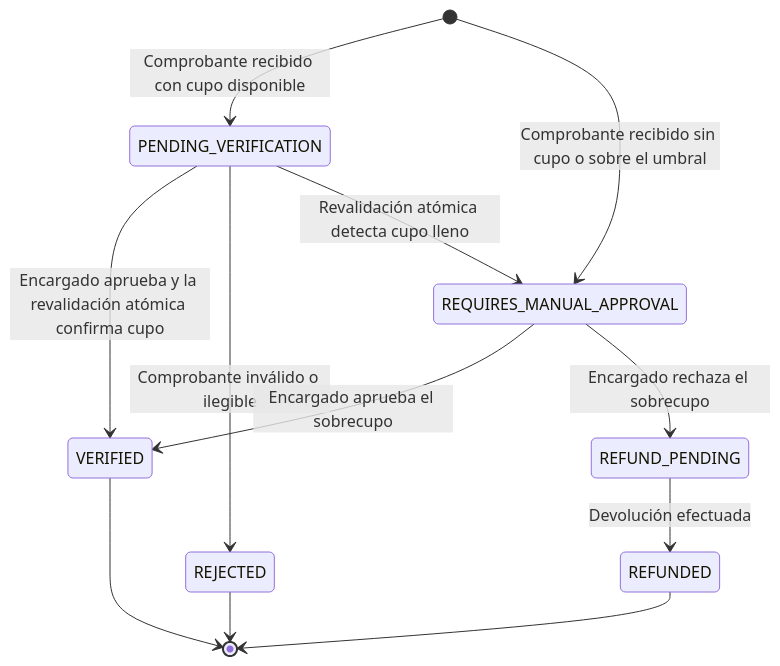
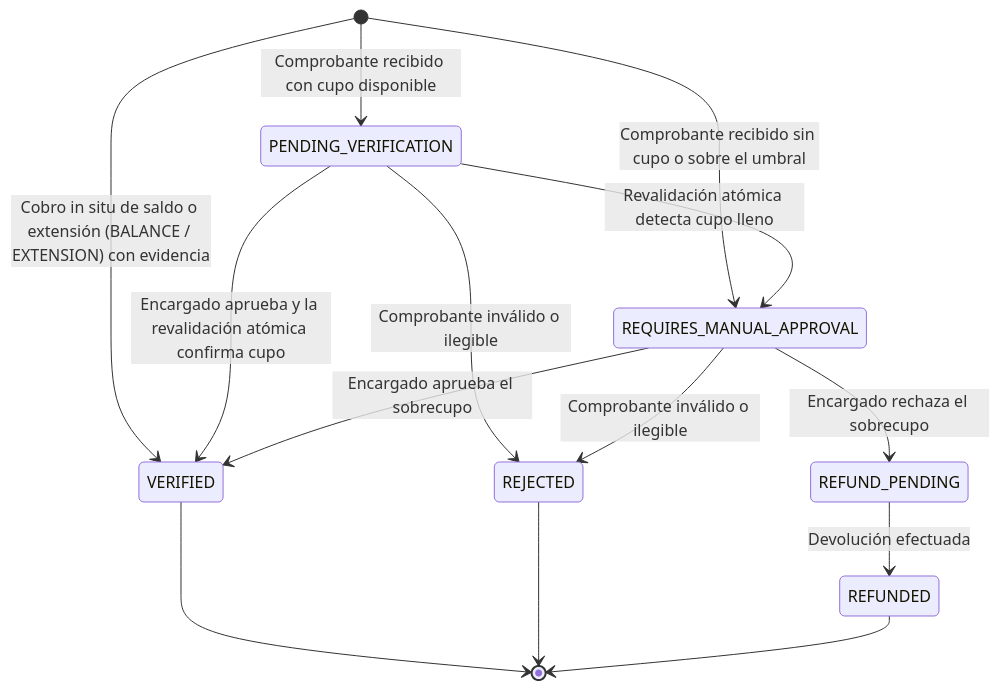
One commit to MathiasTL/EventPro-backend changed the second of 5 diagrams in Docs/01-requisitos/04-reglas-de-negocio-y-control.md. Above: the diagram before and after it, drawn with Mermaid. The commit also changed other lines of this file and 14 other files, not shown here.

````diff
--- a/Docs/01-requisitos/04-reglas-de-negocio-y-control.md
+++ b/Docs/01-requisitos/04-reglas-de-negocio-y-control.md
@@ -119,14 +122,16 @@
 ```mermaid
 stateDiagram-v2
     [*] --> PENDING_VERIFICATION: Comprobante recibido con cupo disponible
     [*] --> REQUIRES_MANUAL_APPROVAL: Comprobante recibido sin cupo o sobre el umbral
+    [*] --> VERIFIED: Cobro in situ de saldo o extensión (BALANCE / EXTENSION) con evidencia
     PENDING_VERIFICATION --> VERIFIED: Encargado aprueba y la revalidación atómica confirma cupo
     PENDING_VERIFICATION --> REJECTED: Comprobante inválido o ilegible
     PENDING_VERIFICATION --> REQUIRES_MANUAL_APPROVAL: Revalidación atómica detecta cupo lleno
     REQUIRES_MANUAL_APPROVAL --> VERIFIED: Encargado aprueba el sobrecupo
     REQUIRES_MANUAL_APPROVAL --> REFUND_PENDING: Encargado rechaza el sobrecupo
+    REQUIRES_MANUAL_APPROVAL --> REJECTED: Comprobante inválido o ilegible
     REFUND_PENDING --> REFUNDED: Devolución efectuada
     VERIFIED --> [*]
     REJECTED --> [*]
     REFUNDED --> [*]
 ```
````
